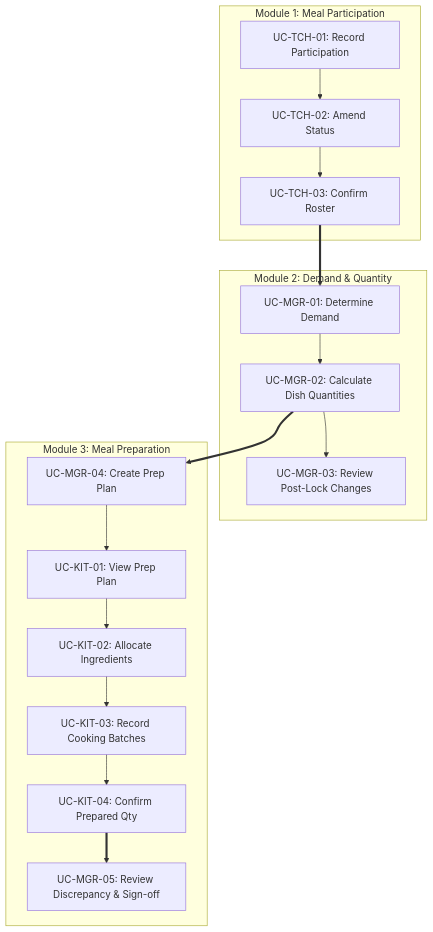
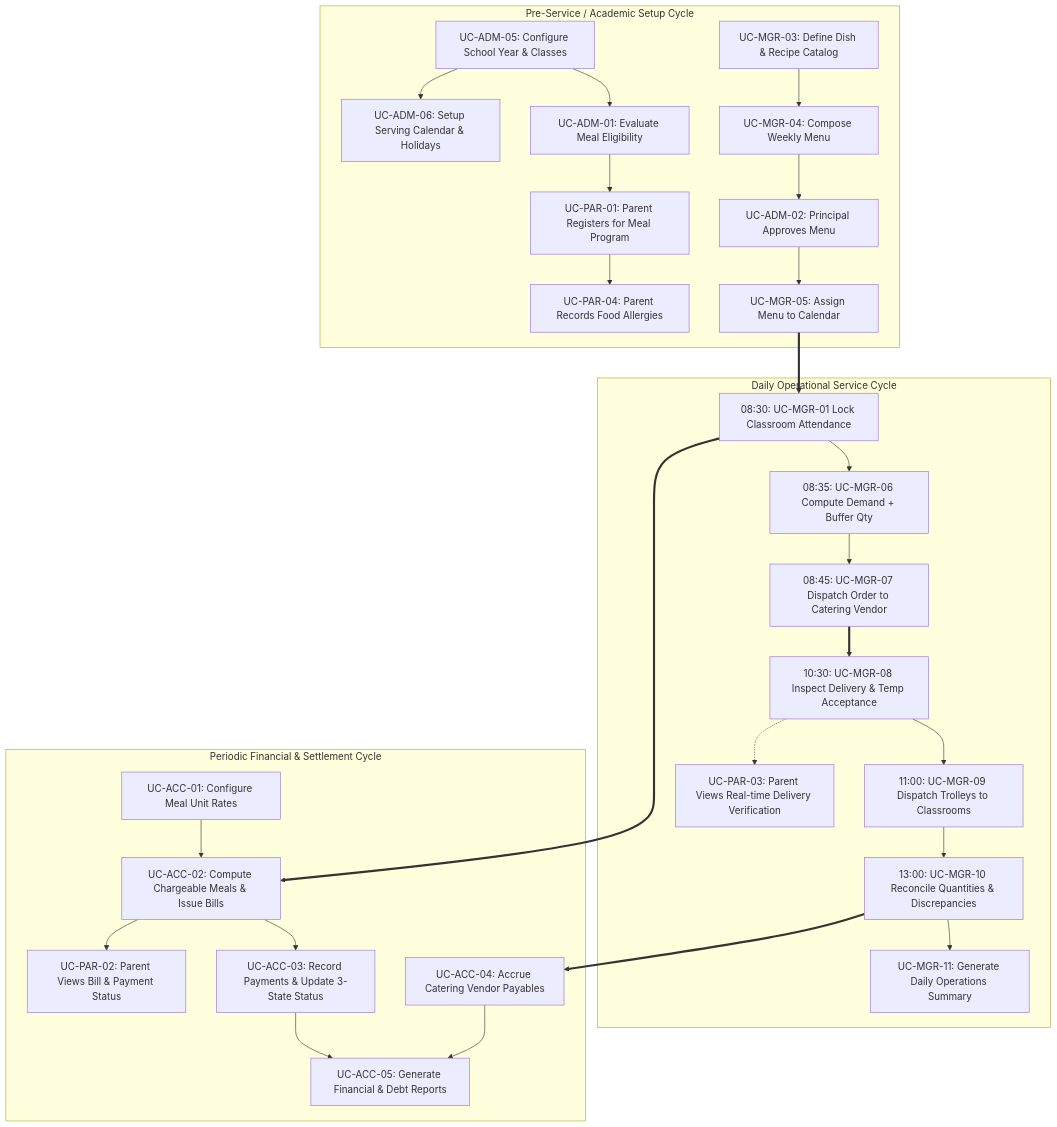
Before and after one commit to Bernie-TruongTQ/PRIMARY_SCHOOL_SEMI-BOARDING_MEAL_MANAGEMENT_SYSTEM: the second of 2 diagrams in docs/03-roles-usecases/usecase-overview.md, drawn with Mermaid. The commit also changed other lines of this file and 12 other files, not shown here.

````diff
--- a/docs/03-roles-usecases/usecase-overview.md
+++ b/docs/03-roles-usecases/usecase-overview.md
@@ -134,22 +187,32 @@
 ```mermaid
 flowchart TD
-    subgraph M1["Module 1: Meal Participation"]
-        T1["UC-TCH-01: Record Participation"] --> T2["UC-TCH-02: Amend Status"]
-        T2 --> T3["UC-TCH-03: Confirm Roster"]
+    subgraph PRE["Pre-Service / Academic Setup Cycle"]
+        A1["UC-ADM-05: Configure School Year & Classes"] --> A2["UC-ADM-06: Setup Serving Calendar & Holidays"]
+        A1 --> A3["UC-ADM-01: Evaluate Meal Eligibility"]
+        A3 --> P1["UC-PAR-01: Parent Registers for Meal Program"]
+        P1 --> P4["UC-PAR-04: Parent Records Food Allergies"]
+        M3["UC-MGR-03: Define Dish & Recipe Catalog"] --> M4["UC-MGR-04: Compose Weekly Menu"]
+        M4 --> A2_Approve["UC-ADM-02: Principal Approves Menu"]
+        A2_Approve --> M5["UC-MGR-05: Assign Menu to Calendar"]
     end
 
-    subgraph M2["Module 2: Demand & Quantity"]
-        T3 ==> M1_Demand["UC-MGR-01: Determine Demand"]
-        M1_Demand --> M2_Qty["UC-MGR-02: Calculate Dish Quantities"]
-        M2_Qty --> M3_Change["UC-MGR-03: Review Post-Lock Changes"]
+    subgraph DAILY["Daily Operational Service Cycle"]
+        M5 ==> M1["08:30: UC-MGR-01 Lock Classroom Attendance"]
+        M1 --> M6["08:35: UC-MGR-06 Compute Demand + Buffer Qty"]
+        M6 --> M7["08:45: UC-MGR-07 Dispatch Order to Catering Vendor"]
+        M7 ==> M8["10:30: UC-MGR-08 Inspect Delivery & Temp Acceptance"]
+        M8 --> M9["11:00: UC-MGR-09 Dispatch Trolleys to Classrooms"]
+        M9 --> M10["13:00: UC-MGR-10 Reconcile Quantities & Discrepancies"]
+        M10 --> M11["UC-MGR-11: Generate Daily Operations Summary"]
+        M8 -.-> P3["UC-PAR-03: Parent Views Real-time Delivery Verification"]
     end
 
-    subgraph M3["Module 3: Meal Preparation"]
-        M2_Qty ==> P1_Plan["UC-MGR-04: Create Prep Plan"]
-        P1_Plan --> K1_View["UC-KIT-01: View Prep Plan"]
-        K1_View --> K2_Alloc["UC-KIT-02: Allocate Ingredients"]
-        K2_Alloc --> K3_Cook["UC-KIT-03: Record Cooking Batches"]
-        K3_Cook --> K4_Verify["UC-KIT-04: Confirm Prepared Qty"]
-        K4_Verify ==> M5_Sign["UC-MGR-05: Review Discrepancy & Sign-off"]
+    subgraph MONTHLY["Periodic Financial & Settlement Cycle"]
+        M1 ==> C2["UC-ACC-02: Compute Chargeable Meals & Issue Bills"]
+        C1["UC-ACC-01: Configure Meal Unit Rates"] --> C2
+        C2 --> P2["UC-PAR-02: Parent Views Bill & Payment Status"]
+        C2 --> C3["UC-ACC-03: Record Payments & Update 3-State Status"]
+        M10 ==> C4["UC-ACC-04: Accrue Catering Vendor Payables"]
+        C3 & C4 --> C5["UC-ACC-05: Generate Financial & Debt Reports"]
     end
 ```
````
